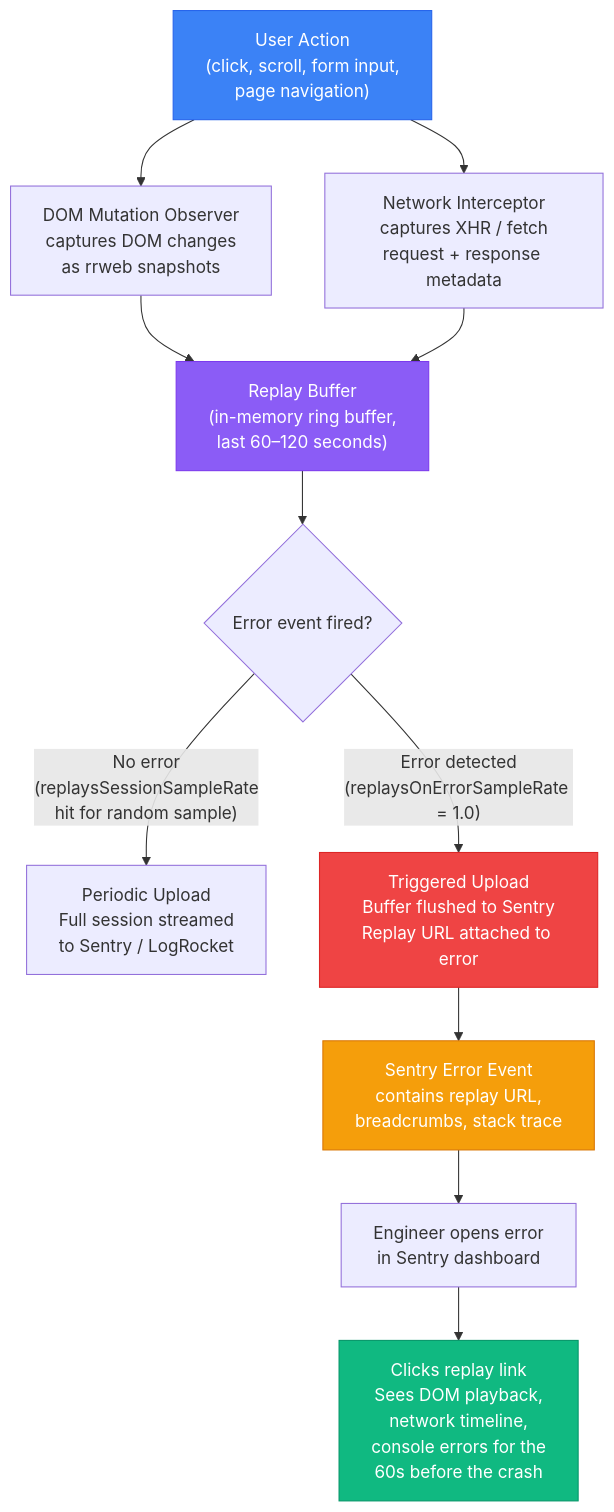
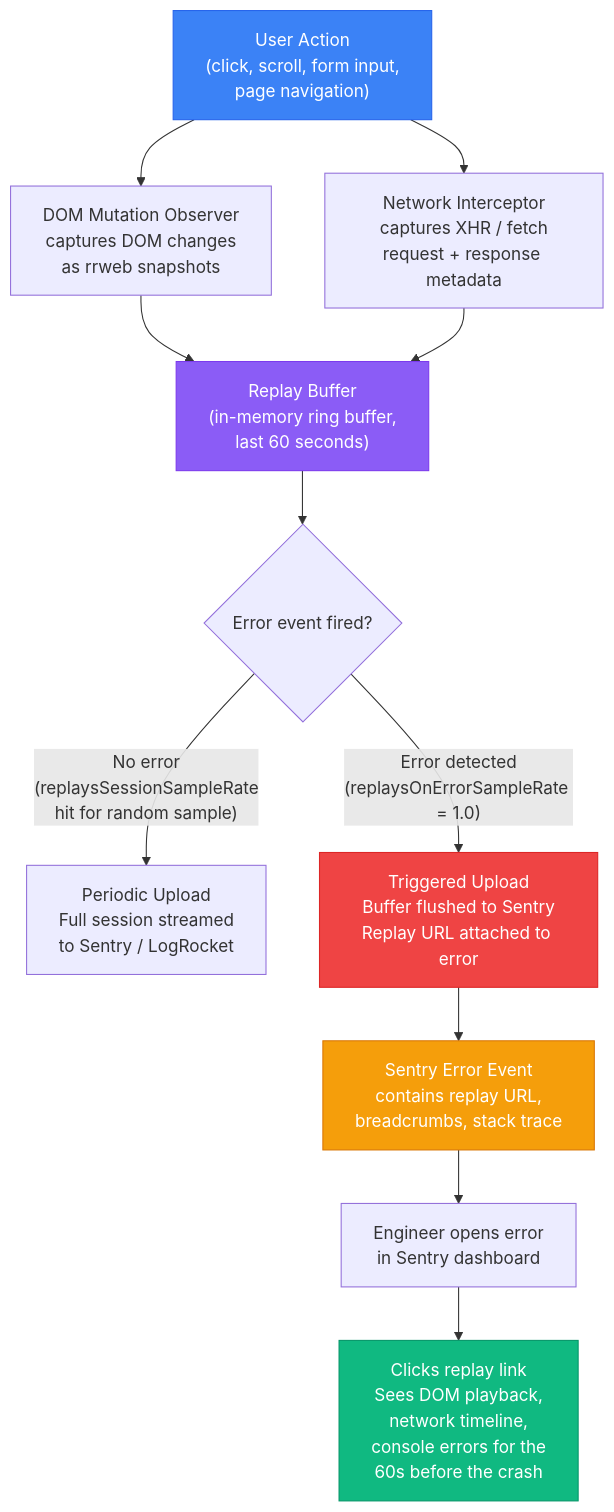
Before and after one commit to alivedise/frontend-engineering-essentials: the diagram in docs/en/Observability and Error Tracking/1407.md, drawn with Mermaid. The commit also changed other lines of this file and 1 other file, not shown here.

Commit message:
docs(observability): harden FEE-1407 session replay (verified version, policy-dependent retention, vendor-neutral)

````diff
--- a/docs/en/Observability and Error Tracking/1407.md
+++ b/docs/en/Observability and Error Tracking/1407.md
@@ -85,19 +36,19 @@
 ```mermaid
 flowchart TD
     A["User Action\n(click, scroll, form input,\npage navigation)"] --> B["DOM Mutation Observer\ncaptures DOM changes\nas rrweb snapshots"]
     A --> C["Network Interceptor\ncaptures XHR / fetch\nrequest + response metadata"]
-    B --> D["Replay Buffer\n(in-memory ring buffer,\nlast 60–120 seconds)"]
+    B --> D["Replay Buffer\n(in-memory ring buffer,\nlast 60 seconds)"]
     C --> D
     D --> E{Error event fired?}
     E -->|"No error\n(replaysSessionSampleRate\nhit for random sample)"| F["Periodic Upload\nFull session streamed\nto Sentry / LogRocket"]
     E -->|"Error detected\n(replaysOnErrorSampleRate = 1.0)"| G["Triggered Upload\nBuffer flushed to Sentry\nReplay URL attached to error"]
     G --> H["Sentry Error Event\ncontains replay URL,\nbreadcrumbs, stack trace"]
     H --> I["Engineer opens error\nin Sentry dashboard"]
     I --> J["Clicks replay link\nSees DOM playback,\nnetwork timeline,\nconsole errors for the\n60s before the crash"]
 
     style A fill:#3b82f6,color:#fff,stroke:#2563eb
     style D fill:#8b5cf6,color:#fff,stroke:#7c3aed
     style G fill:#ef4444,color:#fff,stroke:#dc2626
     style H fill:#f59e0b,color:#fff,stroke:#d97706
     style J fill:#10b981,color:#fff,stroke:#059669
 ```
````
